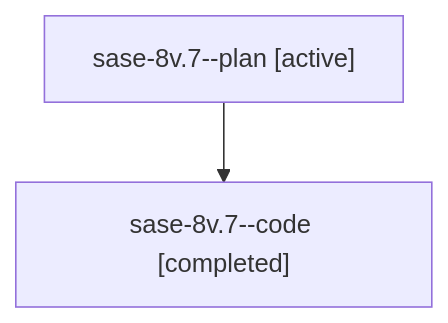
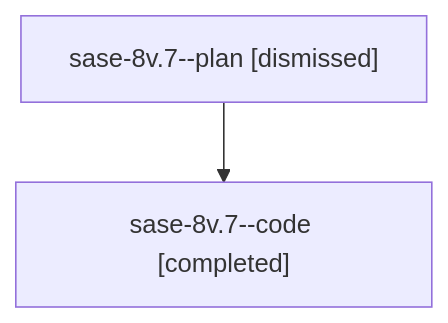
The diagram in sessions/bbugyi200.athena.sase-8v.7.md (sase-org/sase--agents), drawn with Mermaid before and after one commit. The commit also changed other lines of this file and 105 other files, not shown here.

````diff
--- a/sessions/bbugyi200.athena.sase-8v.7.md
+++ b/sessions/bbugyi200.athena.sase-8v.7.md
@@ -9,6 +9,6 @@
 ```mermaid
 flowchart TD
-  n0["sase-8v.7--plan [active]"]
+  n0["sase-8v.7--plan [dismissed]"]
   n1["sase-8v.7--code [completed]"]
   n0 --> n1
 ```
````
